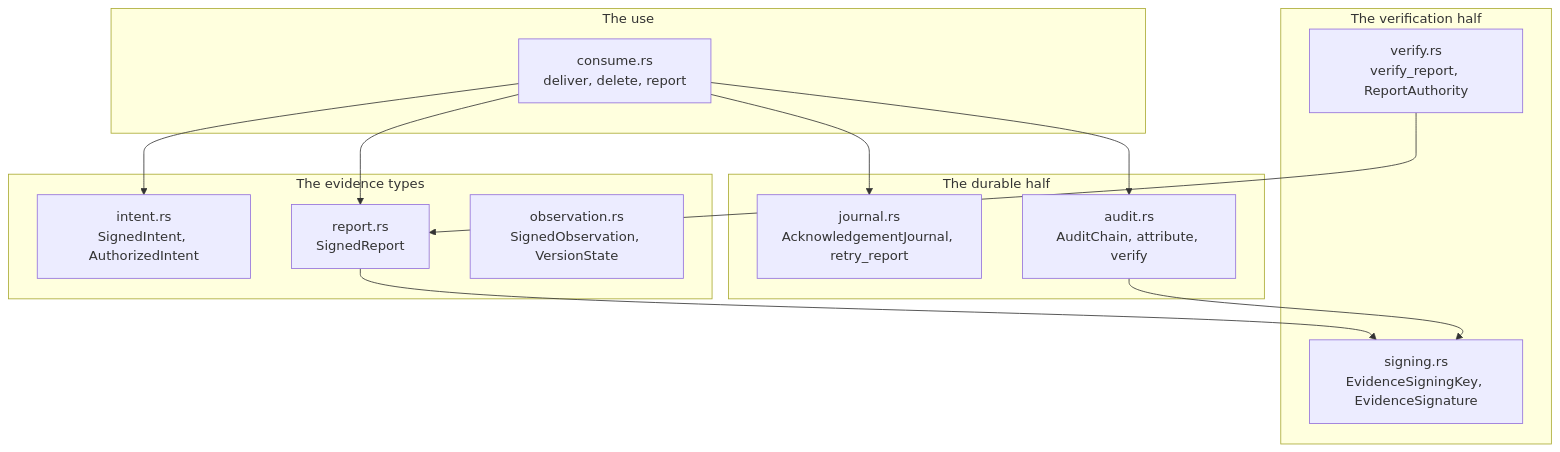
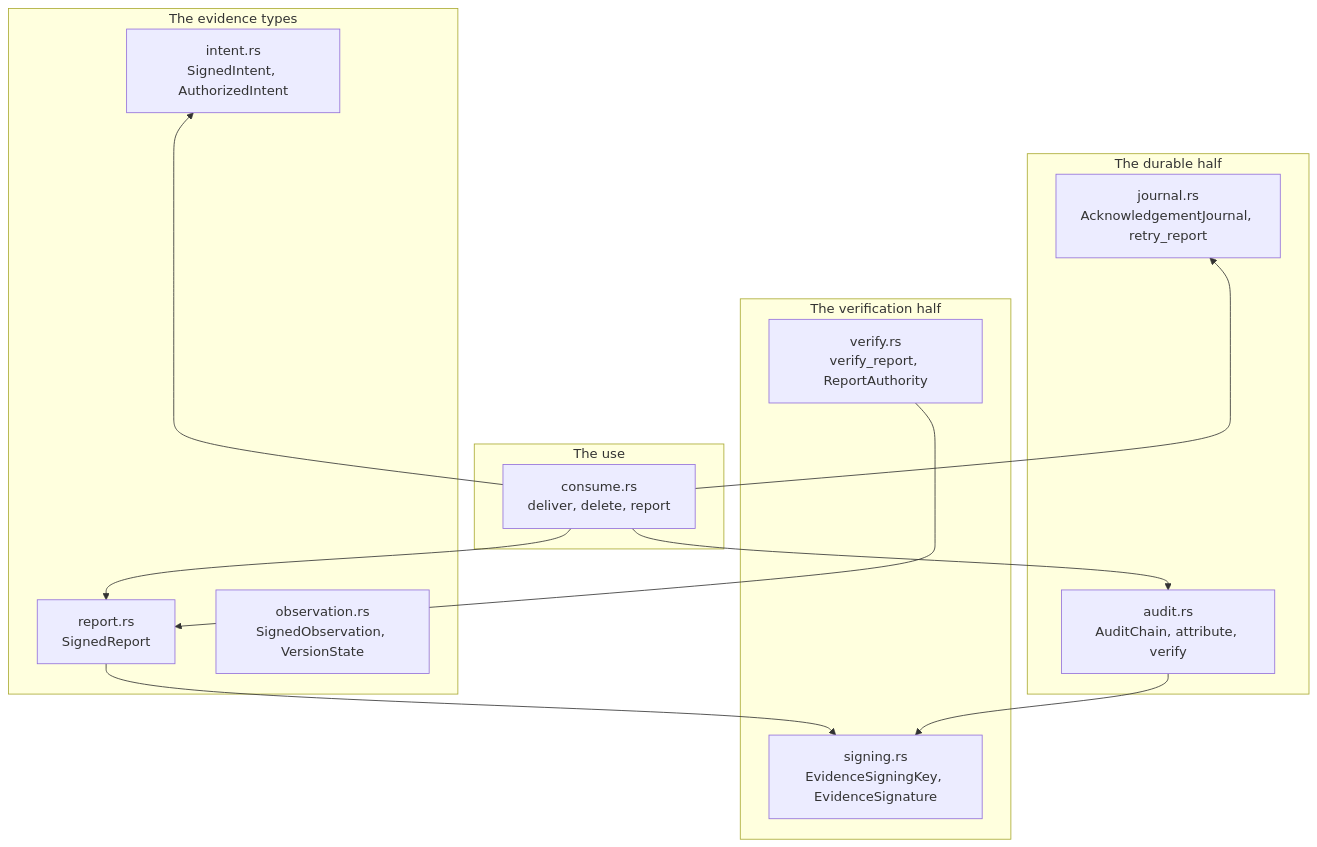
Before and after one commit to bruj0/keyspout: the first of 7 diagrams in site/docs/components/ksp-deletion.md, drawn with Mermaid. The commit also changed 22 other files, not shown here.

First line of the commit message:
feat(site): zoom every diagram, and make the wide ones vertical (#21)

````diff
--- a/site/docs/components/ksp-deletion.md
+++ b/site/docs/components/ksp-deletion.md
@@ -33,30 +33,33 @@
 ```mermaid
 graph TB
   subgraph Evidence["The evidence types"]
     INTENT["intent.rs<br/>SignedIntent, AuthorizedIntent"]
     REPORT["report.rs<br/>SignedReport"]
     OBS["observation.rs<br/>SignedObservation, VersionState"]
   end
 
   subgraph Durable["The durable half"]
     JOURNAL["journal.rs<br/>AcknowledgementJournal, retry_report"]
     AUDIT["audit.rs<br/>AuditChain, attribute, verify"]
   end
 
   subgraph Verify["The verification half"]
     VERIFY["verify.rs<br/>verify_report, ReportAuthority"]
     SIGN["signing.rs<br/>EvidenceSigningKey, EvidenceSignature"]
   end
 
   subgraph Use["The use"]
     CONSUME["consume.rs<br/>deliver, delete, report"]
   end
 
   CONSUME --> INTENT
   CONSUME --> REPORT
   CONSUME --> JOURNAL
   CONSUME --> AUDIT
   VERIFY --> REPORT
   REPORT --> SIGN
   AUDIT --> SIGN
+  Evidence ~~~ Durable
+  Durable ~~~ Verify
+  Verify ~~~ Use
 ```
````
